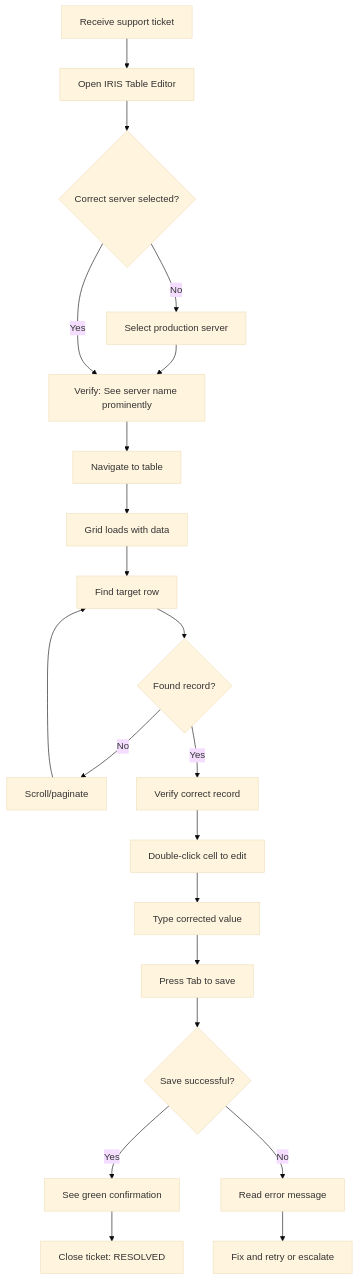
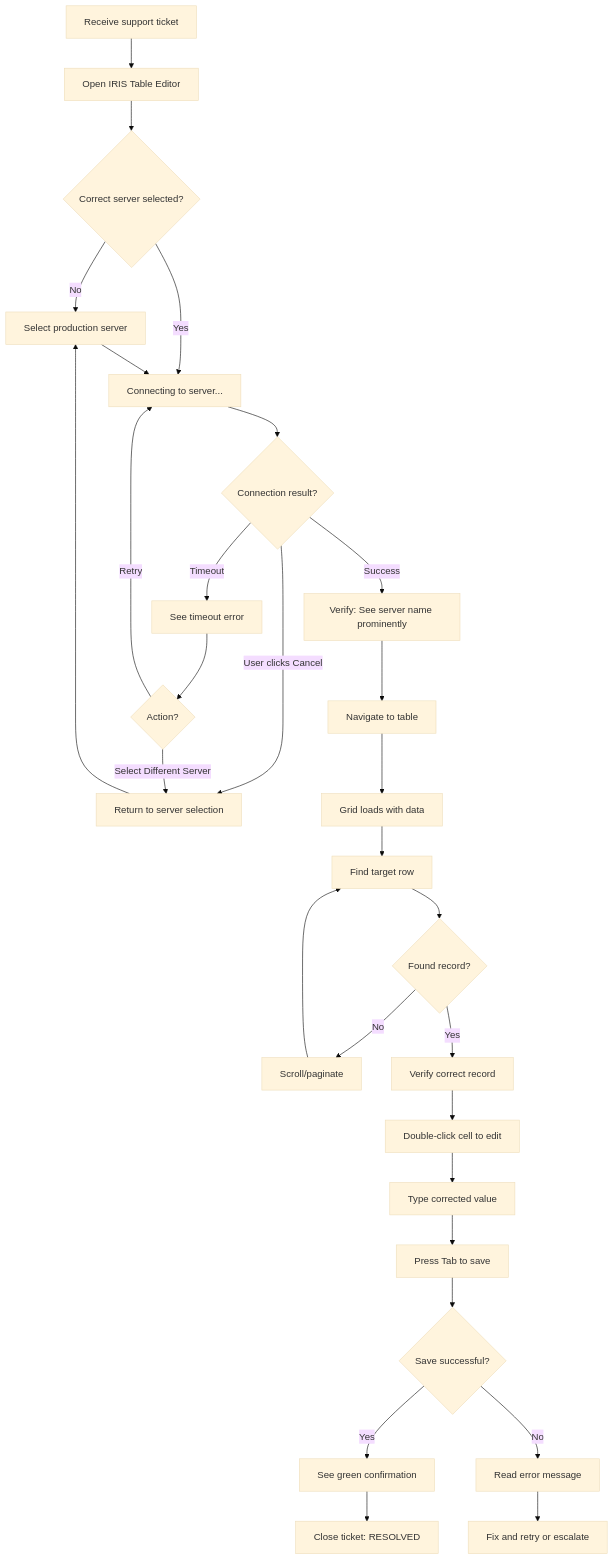
One commit to jbrandtmse/iris-table-editor changed the second of 5 diagrams in _bmad-output/planning-artifacts/ux-design-specification.md. Above: the diagram before and after it, drawn with Mermaid (base theme). The commit also changed other lines of this file and 16 other files, not shown here.

First line of the commit message:
feat: Add connection timeout and cancellation support (Story 1.7)

````diff
--- a/_bmad-output/planning-artifacts/ux-design-specification.md
+++ b/_bmad-output/planning-artifacts/ux-design-specification.md
@@ -584,23 +584,31 @@
 ```mermaid
 flowchart TD
     A[Receive support ticket] --> B[Open IRIS Table Editor]
     B --> C{Correct server selected?}
     C -->|No| D[Select production server]
-    D --> E[Verify: See server name prominently]
-    C -->|Yes| E
+    C -->|Yes| E2[Connecting to server...]
+    D --> E2
+    E2 --> E3{Connection result?}
+    E3 -->|Success| E[Verify: See server name prominently]
+    E3 -->|Timeout| E4[See timeout error]
+    E3 -->|User clicks Cancel| E5[Return to server selection]
+    E4 --> E6{Action?}
+    E6 -->|Retry| E2
+    E6 -->|Select Different Server| E5
+    E5 --> D
     E --> F[Navigate to table]
     F --> G[Grid loads with data]
     G --> H[Find target row]
     H --> I{Found record?}
     I -->|No| J[Scroll/paginate]
     J --> H
     I -->|Yes| K[Verify correct record]
     K --> L[Double-click cell to edit]
     L --> M[Type corrected value]
     M --> N[Press Tab to save]
     N --> O{Save successful?}
     O -->|Yes| P[See green confirmation]
     P --> Q[Close ticket: RESOLVED]
     O -->|No| R[Read error message]
     R --> S[Fix and retry or escalate]
 ```
````
